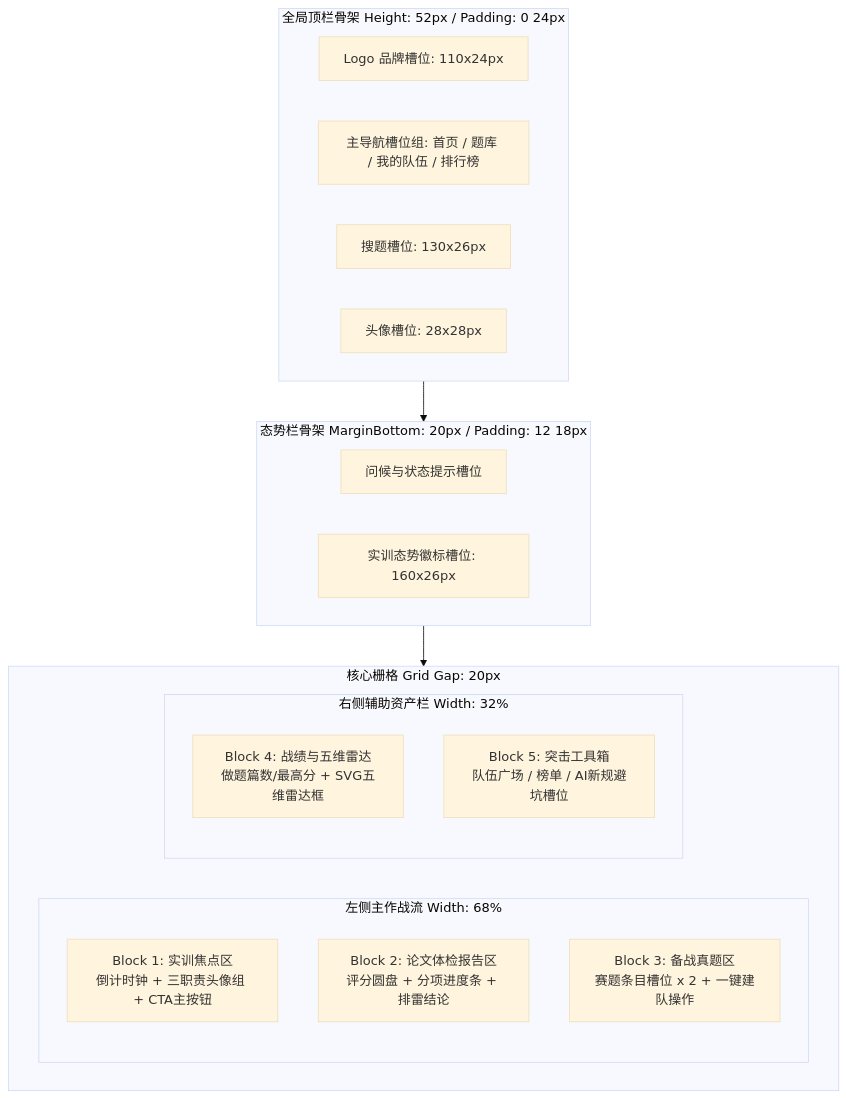
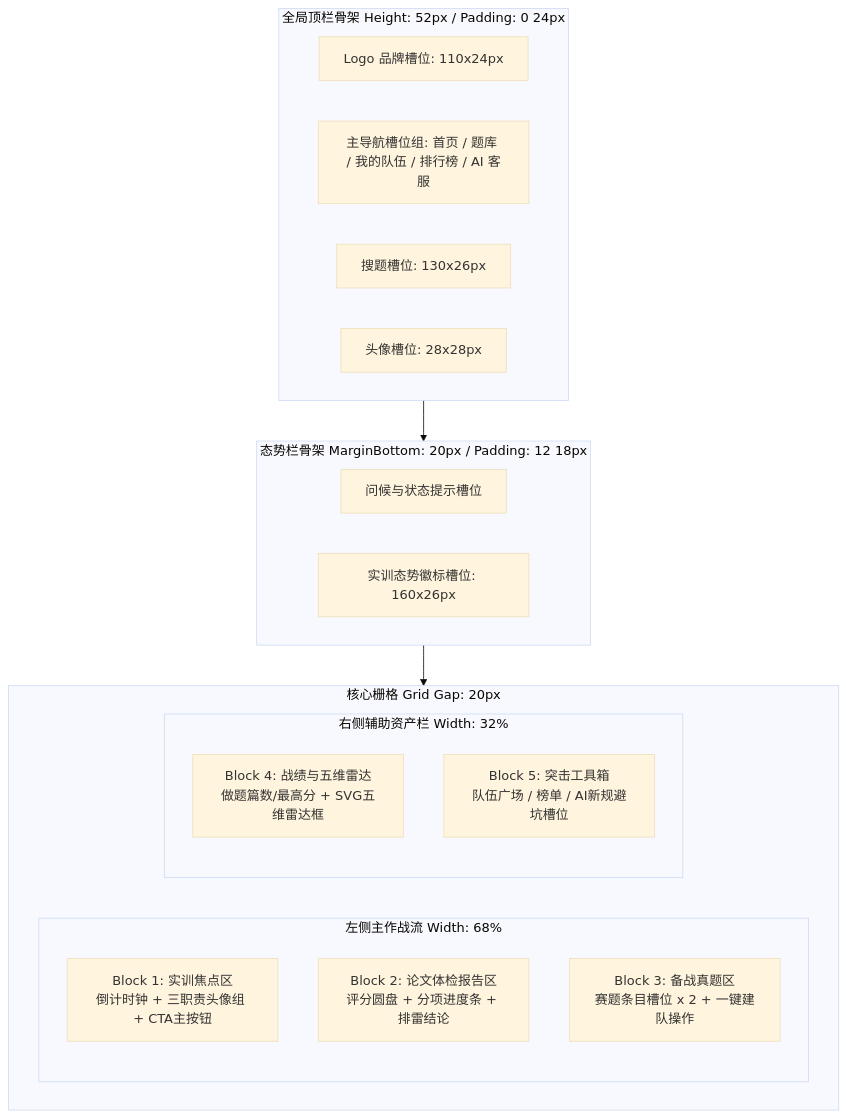
One commit to Dorian7Alden/LeetModel changed the diagram in docs/project/04-前端设计/04-首页骨架设计.md. Above: the diagram before and after it, drawn with Mermaid (base theme). The commit also changed 6 other files, not shown here.

````diff
--- a/docs/project/04-前端设计/04-首页骨架设计.md
+++ b/docs/project/04-前端设计/04-首页骨架设计.md
@@ -17,30 +17,30 @@
 ```mermaid
 graph TD
     subgraph Topbar[全局顶栏骨架 Height: 52px / Padding: 0 24px]
         T1[Logo 品牌槽位: 110x24px]
-        T2[主导航槽位组: 首页 / 题库 / 我的队伍 / 排行榜]
+        T2[主导航槽位组: 首页 / 题库 / 我的队伍 / 排行榜 / AI 客服]
         T3[搜题槽位: 130x26px]
         T4[头像槽位: 28x28px]
     end
 
     subgraph Banner[态势栏骨架 MarginBottom: 20px / Padding: 12 18px]
         B1[问候与状态提示槽位]
         B2[实训态势徽标槽位: 160x26px]
     end
 
     subgraph CoreGrid[核心栅格 Grid Gap: 20px]
         subgraph LeftCol[左侧主作战流 Width: 68%]
             BK1[Block 1: 实训焦点区<br/>倒计时钟 + 三职责头像组 + CTA主按钮]
             BK2[Block 2: 论文体检报告区<br/>评分圆盘 + 分项进度条 + 排雷结论]
             BK3[Block 3: 备战真题区<br/>赛题条目槽位 x 2 + 一键建队操作]
         end
 
         subgraph RightCol[右侧辅助资产栏 Width: 32%]
             BK4[Block 4: 战绩与五维雷达<br/>做题篇数/最高分 + SVG五维雷达框]
             BK5[Block 5: 突击工具箱<br/>队伍广场 / 榜单 / AI新规避坑槽位]
         end
     end
 
     Topbar --> Banner
     Banner --> CoreGrid
 ```
````
